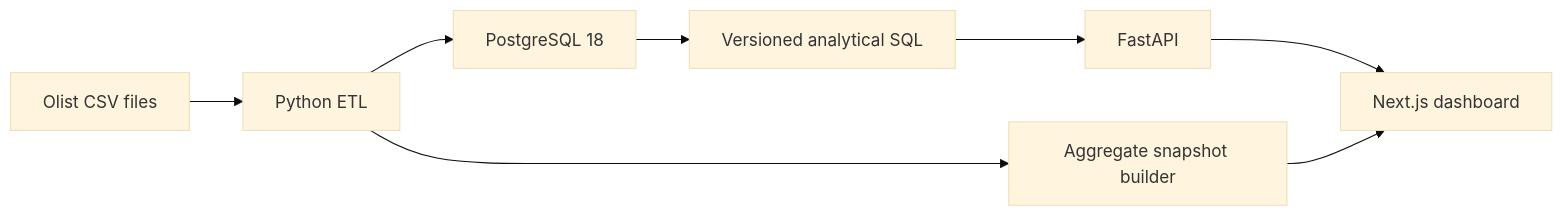
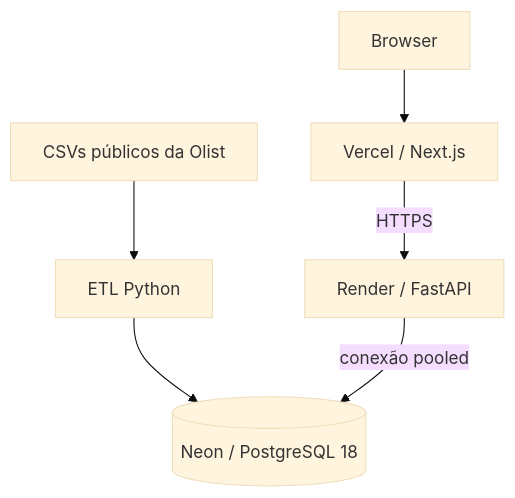
One commit to LuidiC/commerce-iq changed the diagram in README.md. Above: the diagram before and after it, drawn with Mermaid (base theme). The commit also changed other lines of this file and 1 other file, not shown here.

````diff
--- a/README.md
+++ b/README.md
@@ -41,10 +47,8 @@
 ```mermaid
-flowchart LR
-    A["Olist CSV files"] --> B["Python ETL"]
-    B --> C["PostgreSQL 18"]
-    C --> D["Versioned analytical SQL"]
-    D --> E["FastAPI"]
-    E --> F["Next.js dashboard"]
-    B --> G["Aggregate snapshot builder"]
-    G --> F
+flowchart TD
+    CSV["CSVs públicos da Olist"] --> ETL["ETL Python"]
+    ETL --> DB[("Neon / PostgreSQL 18")]
+    Browser["Browser"] --> Web["Vercel / Next.js"]
+    Web -->|"HTTPS"| API["Render / FastAPI"]
+    API -->|"conexão pooled"| DB
 ```
````
